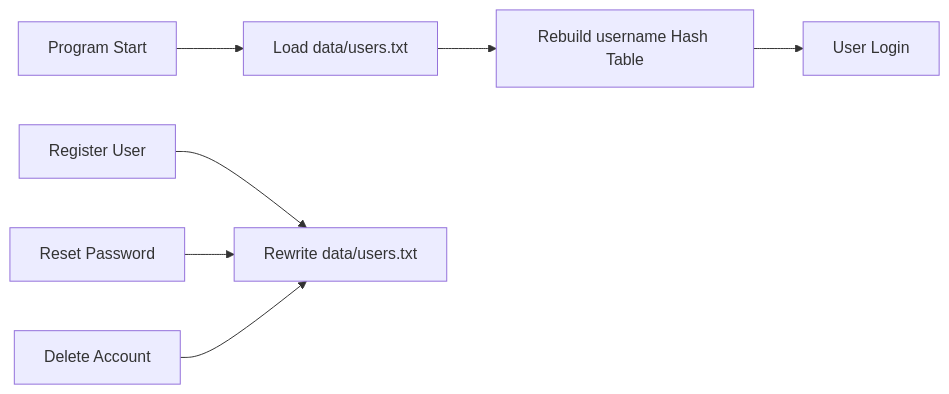
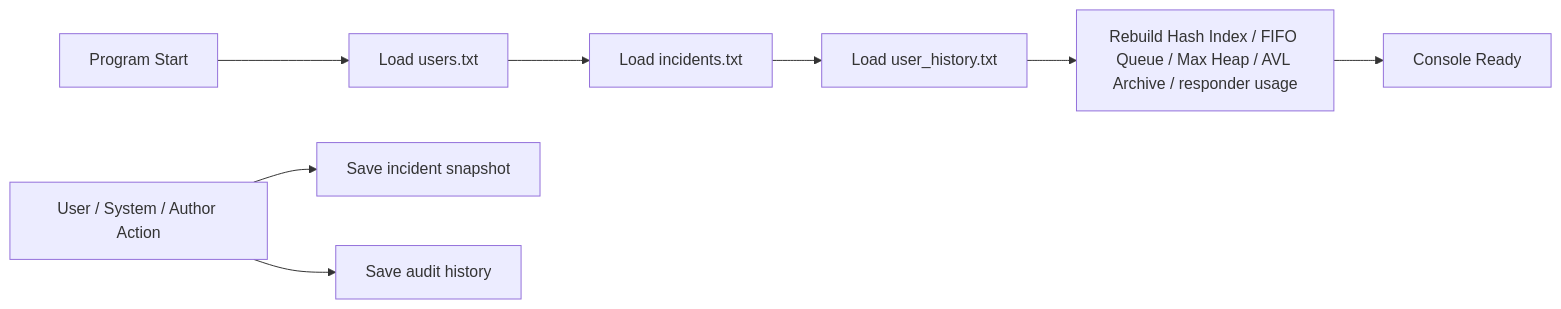
One commit to Shamiul-Bashar/Console-Based-CrisisMesh-2.0-Dynamic-Emergency-Decision-Routing-Resource-Allocation-Simulator changed diagram 13 of 16 in README.md. Above: the diagram before and after it, drawn with Mermaid. The commit also changed other lines of this file and 8 other files, not shown here.

First line of the commit message:
Finalize persistent user history, incident restore and console polish

```diff
--- a/README.md
+++ b/README.md
@@ -772,17 +785,17 @@
 ~~~mermaid
 flowchart LR
     START["Program Start"]
-    LOAD["Load data/users.txt"]
-    INDEX["Rebuild username Hash Table"]
-    LOGIN["User Login"]
+    USERS["Load users.txt"]
+    INCIDENTS["Load incidents.txt"]
+    AUDIT["Load user_history.txt"]
+    REBUILD["Rebuild Hash Index / FIFO Queue / Max Heap / AVL Archive / responder usage"]
+    READY["Console Ready"]
 
-    REGISTER["Register User"]
-    RESET["Reset Password"]
-    DELETE["Delete Account"]
-    SAVE["Rewrite data/users.txt"]
+    ACTION["User / System / Author Action"]
+    SAVEI["Save incident snapshot"]
+    SAVEH["Save audit history"]
 
-    START --> LOAD --> INDEX --> LOGIN
-    REGISTER --> SAVE
-    RESET --> SAVE
-    DELETE --> SAVE
+    START --> USERS --> INCIDENTS --> AUDIT --> REBUILD --> READY
+    ACTION --> SAVEI
+    ACTION --> SAVEH
 ~~~
```
